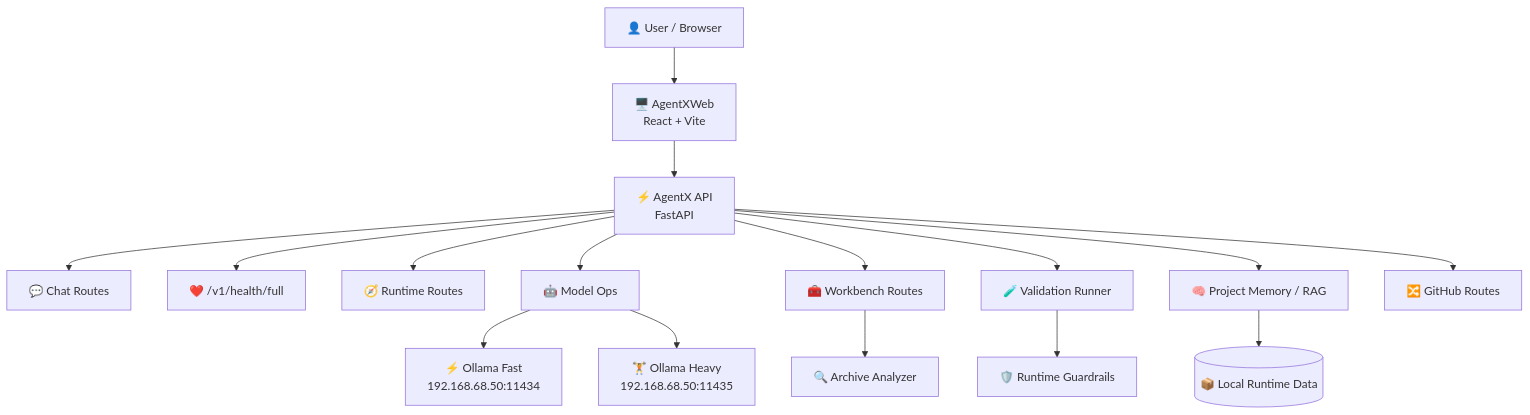
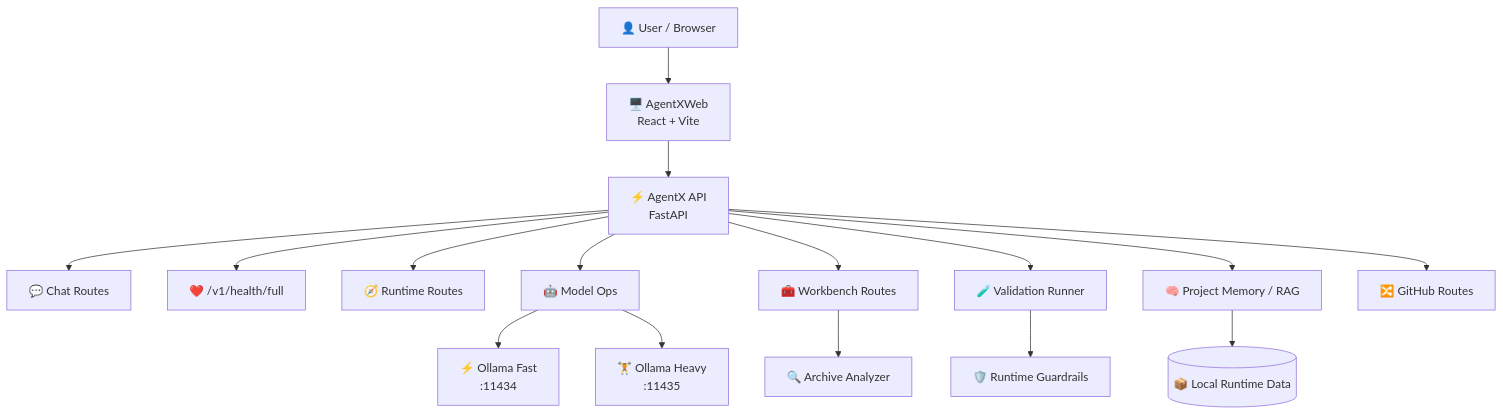
One commit to unbridledpc/AgentX changed the first of 4 diagrams in README.md. Above: the diagram before and after it, drawn with Mermaid. The commit also changed other lines of this file and 10 other files, not shown here.

````diff
--- a/README.md
+++ b/README.md
@@ -88,21 +88,21 @@
 ```mermaid
 flowchart TB
     User[👤 User / Browser] --> Web[🖥️ AgentXWeb<br/>React + Vite]
     Web --> API[⚡ AgentX API<br/>FastAPI]
 
     API --> Chat[💬 Chat Routes]
     API --> Health[❤️ /v1/health/full]
     API --> Runtime[🧭 Runtime Routes]
     API --> Models[🤖 Model Ops]
     API --> Workbench[🧰 Workbench Routes]
     API --> Validation[🧪 Validation Runner]
     API --> Memory[🧠 Project Memory / RAG]
     API --> GitHub[🔀 GitHub Routes]
 
-    Models --> OllamaFast[⚡ Ollama Fast<br/>192.168.68.50:11434]
-    Models --> OllamaHeavy[🏋️ Ollama Heavy<br/>192.168.68.50:11435]
+    Models --> OllamaFast[⚡ Ollama Fast<br/><your-ollama-host>:11434]
+    Models --> OllamaHeavy[🏋️ Ollama Heavy<br/><your-ollama-host>:11435]
 
     Workbench --> Analyzer[🔍 Archive Analyzer]
     Validation --> Guardrails[🛡️ Runtime Guardrails]
     Memory --> Data[(📦 Local Runtime Data)]
 ```
````
